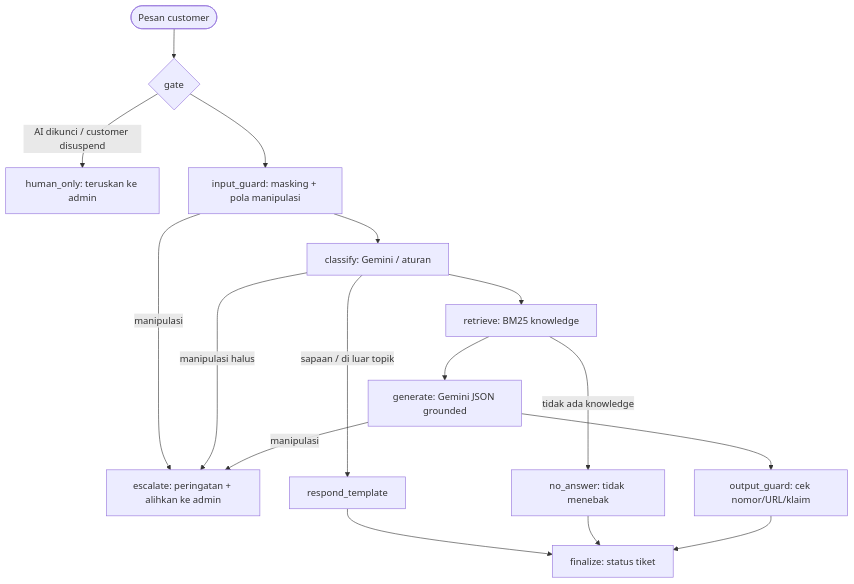
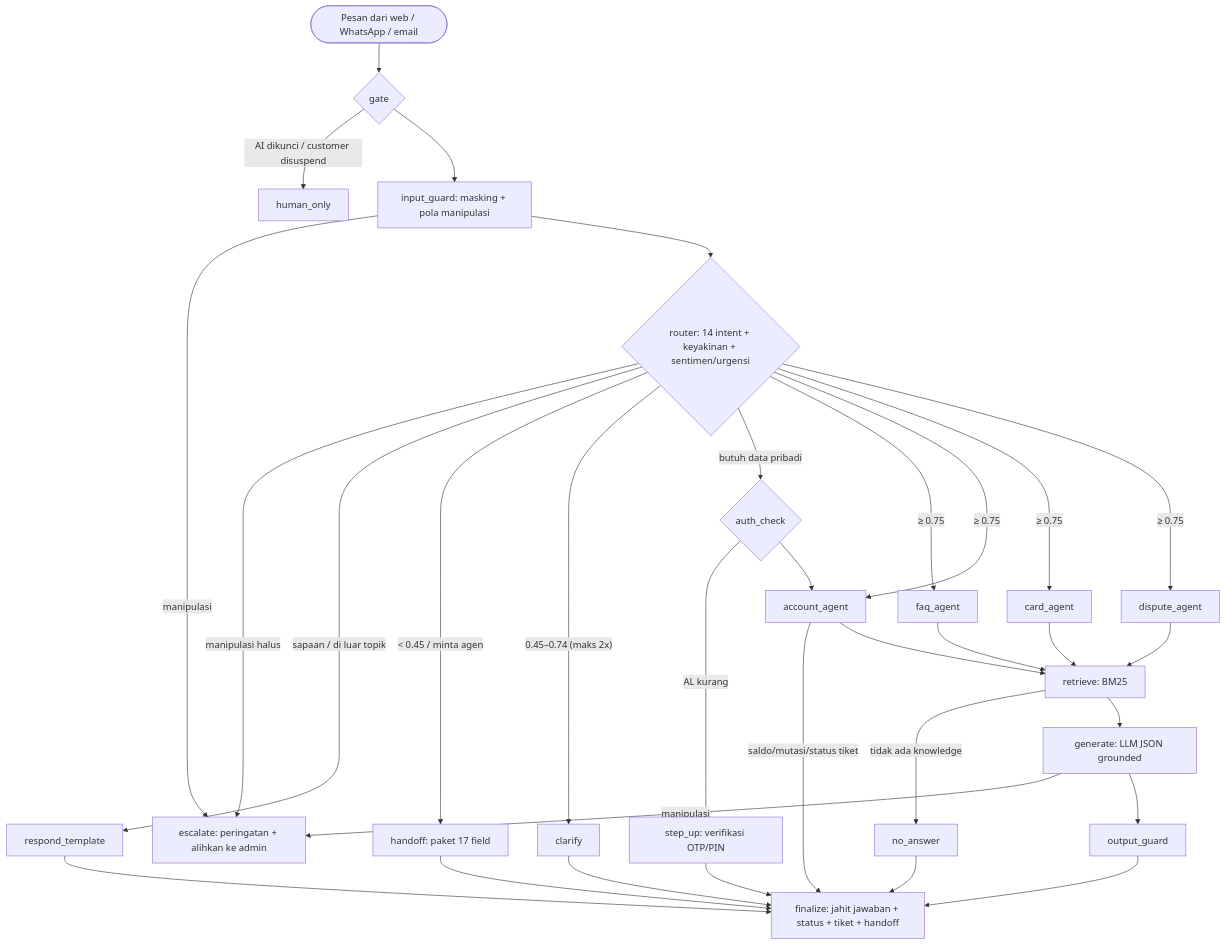
Before and after one commit to raphaelfelio-ctrl/Capstone-03: the diagram in VTEKI_Chatbot/README.md, drawn with Mermaid. The commit also changed other lines of this file and 27 other files, not shown here.

````diff
--- a/VTEKI_Chatbot/README.md
+++ b/VTEKI_Chatbot/README.md
@@ -77,18 +118,31 @@
 ```mermaid
 flowchart TD
-    S([Pesan customer]) --> G{gate}
-    G -- AI dikunci / customer disuspend --> H[human_only: teruskan ke admin]
+    S([Pesan dari web / WhatsApp / email]) --> G{gate}
+    G -- AI dikunci / customer disuspend --> H[human_only]
     G --> IG[input_guard: masking + pola manipulasi]
     IG -- manipulasi --> E[escalate: peringatan + alihkan ke admin]
-    IG --> C[classify: Gemini / aturan]
-    C -- manipulasi halus --> E
-    C -- sapaan / di luar topik --> T[respond_template]
-    C --> R[retrieve: BM25 knowledge]
-    R -- tidak ada knowledge --> N[no_answer: tidak menebak]
-    R --> GEN[generate: Gemini JSON grounded]
+    IG --> R{router: 14 intent + keyakinan + sentimen/urgensi}
+    R -- manipulasi halus --> E
+    R -- sapaan / di luar topik --> T[respond_template]
+    R -- "< 0.45 / minta agen" --> HO[handoff: paket 17 field]
+    R -- "0.45–0.74 (maks 2x)" --> CL[clarify]
+    R -- butuh data pribadi --> AC{auth_check}
+    AC -- AL kurang --> SU[step_up: verifikasi OTP/PIN]
+    AC --> ACC
+    R -- "≥ 0.75" --> FAQ[faq_agent] & ACC[account_agent] & CARD[card_agent] & DSP[dispute_agent]
+    ACC -- saldo/mutasi/status tiket --> F
+    FAQ --> RT[retrieve: BM25]
+    ACC --> RT
+    CARD --> RT
+    DSP --> RT
+    RT -- tidak ada knowledge --> N[no_answer]
+    RT --> GEN[generate: LLM JSON grounded]
     GEN -- manipulasi --> E
-    GEN --> OG[output_guard: cek nomor/URL/klaim]
-    T --> F[finalize: status tiket]
+    GEN --> OG[output_guard]
+    T --> F[finalize: jahit jawaban + status + tiket + handoff]
+    HO --> F
+    CL --> F
+    SU --> F
     N --> F
     OG --> F
 ```
````
